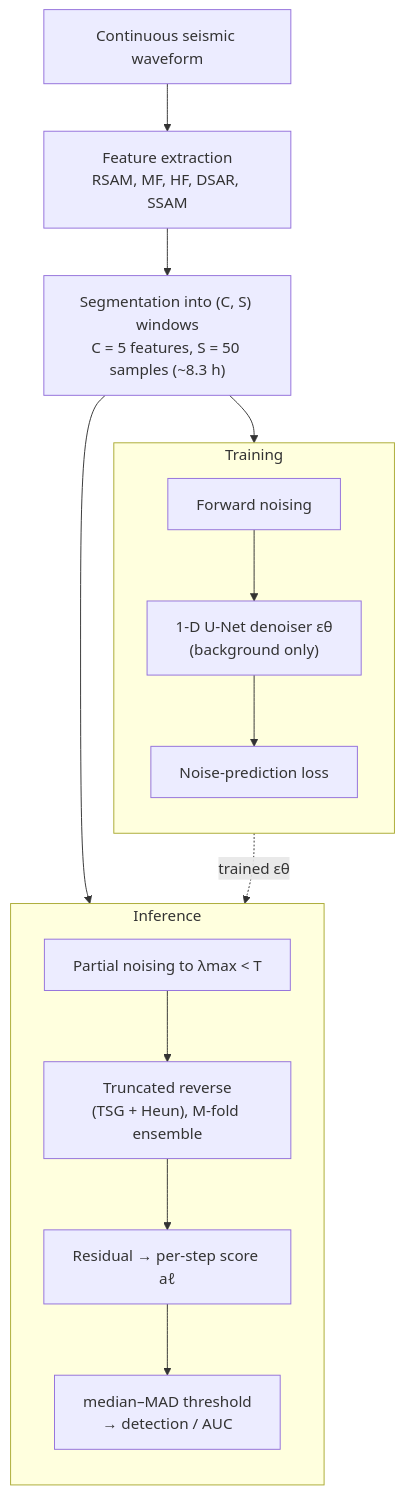
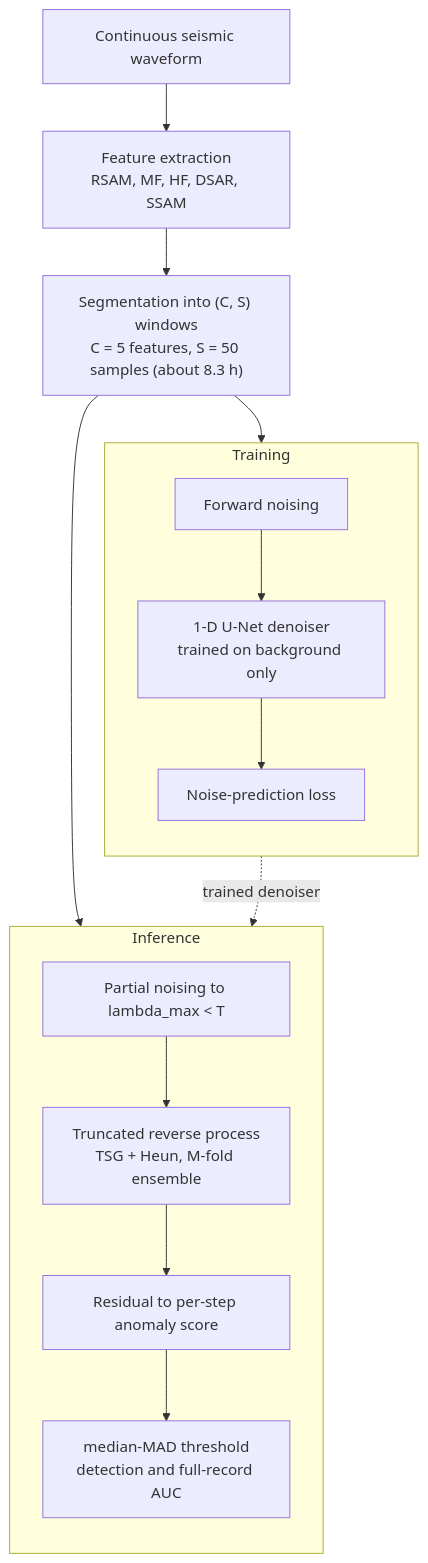
Before and after one commit to SyedFaisalGardezi/Diffusion_Anomaly_Volcanic_evnets_detection_forecasting: the diagram in README.md, drawn with Mermaid. The commit also changed other lines of this file, not shown here.

````diff
--- a/README.md
+++ b/README.md
@@ -32,22 +21,22 @@
 ```mermaid
 flowchart TB
     W[Continuous seismic waveform] --> F["Feature extraction<br/>RSAM, MF, HF, DSAR, SSAM"]
-    F --> S["Segmentation into (C, S) windows<br/>C = 5 features, S = 50 samples (~8.3 h)"]
+    F --> S["Segmentation into (C, S) windows<br/>C = 5 features, S = 50 samples (about 8.3 h)"]
     S --> TR
     S --> IN
 
     subgraph TR [Training]
         direction TB
-        T1[Forward noising] --> T2["1-D U-Net denoiser εθ<br/>(background only)"]
+        T1[Forward noising] --> T2["1-D U-Net denoiser<br/>trained on background only"]
         T2 --> T3[Noise-prediction loss]
     end
 
     subgraph IN [Inference]
         direction TB
-        I1["Partial noising to λmax &lt; T"] --> I2["Truncated reverse<br/>(TSG + Heun), M-fold ensemble"]
-        I2 --> I3["Residual → per-step score aℓ"]
-        I3 --> I4["median–MAD threshold<br/>→ detection / AUC"]
+        I1["Partial noising to lambda_max < T"] --> I2["Truncated reverse process<br/>TSG + Heun, M-fold ensemble"]
+        I2 --> I3["Residual to per-step anomaly score"]
+        I3 --> I4["median-MAD threshold<br/>detection and full-record AUC"]
     end
 
-    T2 -. "trained εθ" .-> I2
+    T2 -. "trained denoiser" .-> I2
 ```
````
